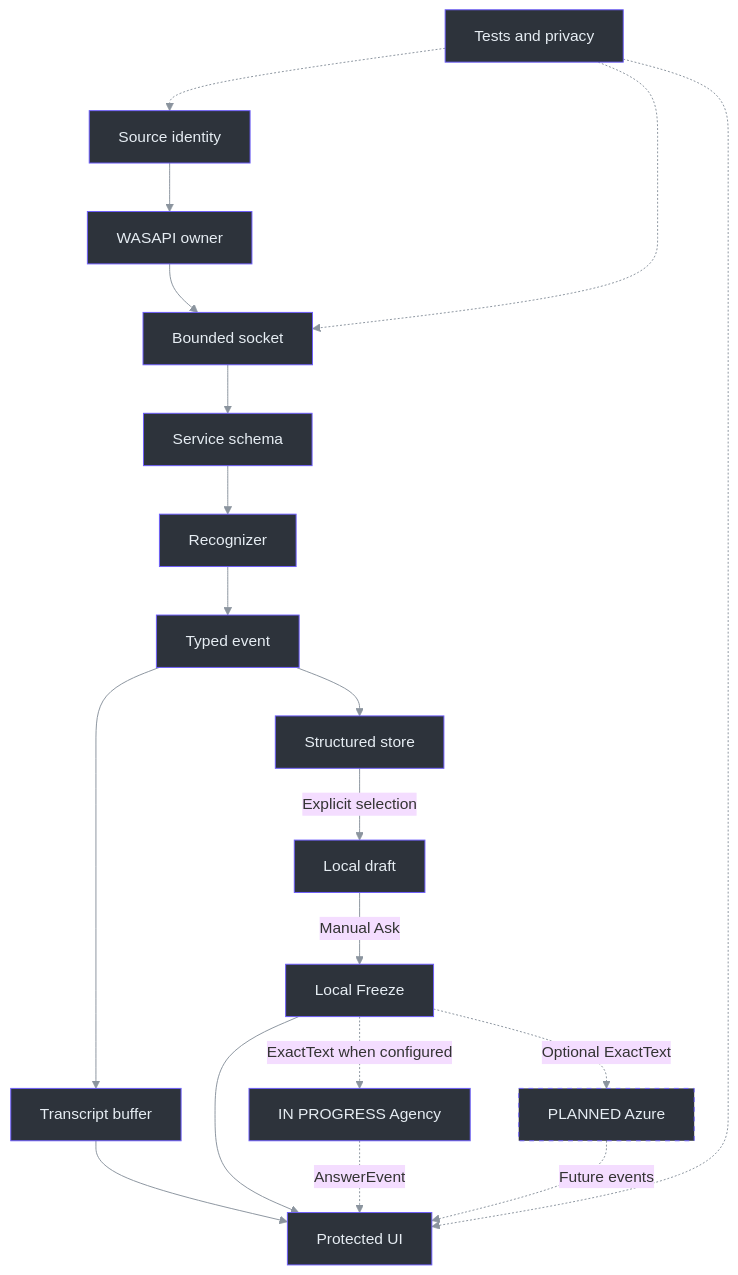
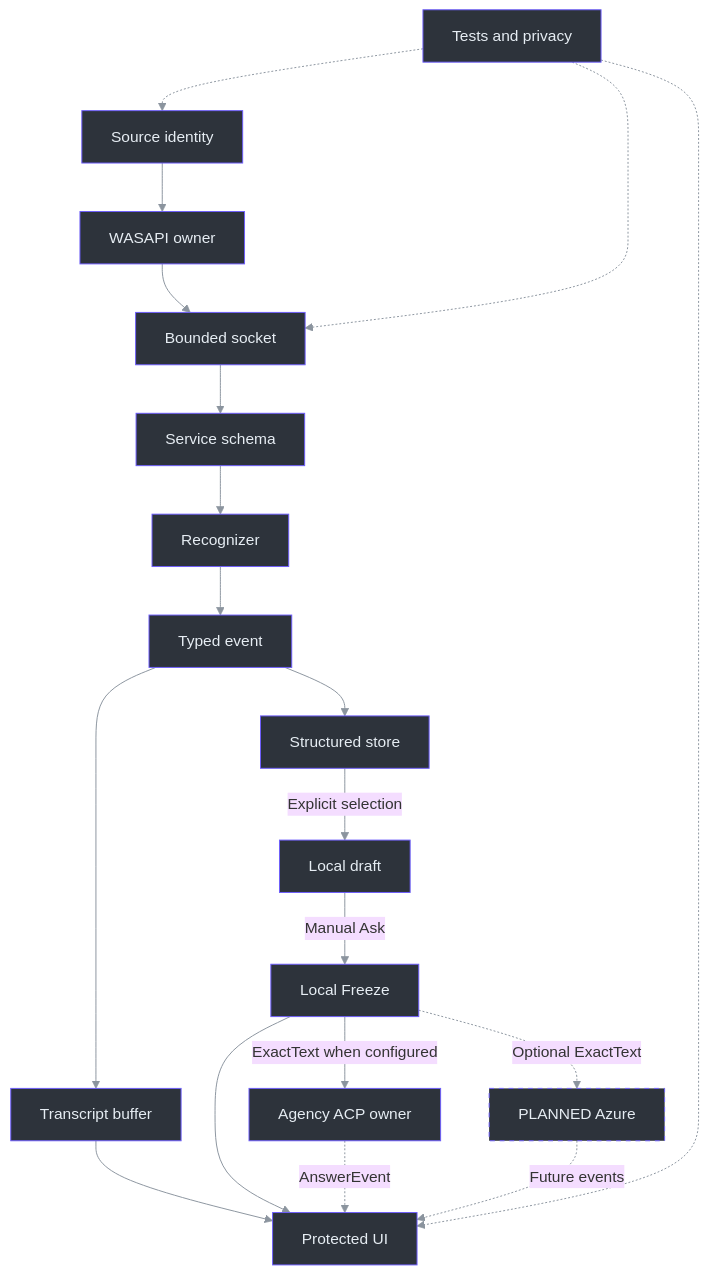
Before and after one commit to Zanark/phantom-fudge: the first of 2 diagrams in docs/handbook/18-extending-the-system.md, drawn with Mermaid. The commit also changed other lines of this file and 371 other files, not shown here.

````diff
--- a/docs/handbook/18-extending-the-system.md
+++ b/docs/handbook/18-extending-the-system.md
@@ -25,45 +27,45 @@
 ```mermaid
 ---
 config:
   theme: base
   themeVariables:
     lineColor: "#8b949e"
     textColor: "#e6edf3"
 ---
 flowchart TB
-    accTitle: Existing audio seams, IN PROGRESS Agency-first provider and PLANNED Azure
-    accDescr: Typed events feed display and structured questions. ExactText alone enters the requested Agency-first adapter, still under validation, or optional future Azure. SnapshotOnly currently sends nothing; local installation does not prove offline inference.
+    accTitle: Existing audio seams, persistent Agency ownership and PLANNED Azure
+    accDescr: Typed events feed display and structured questions. Configured manual Ask projects ExactText into the Agency ACP owner, which reuses an engine but not a question session. SnapshotOnly sends nothing; optional Azure remains planned.
     Source["Source identity"] --> Capture["WASAPI owner"]
     Capture --> Socket["Bounded socket"]
     Socket --> Service["Service schema"]
     Service --> Decoder["Recognizer"]
     Decoder --> Event["Typed event"]
     Event --> Buffer["Transcript buffer"]
     Buffer --> UI["Protected UI"]
     Event --> Store["Structured store"]
     Store -->|Explicit selection| Draft["Local draft"]
     Draft -->|Manual Ask| Frozen["Local Freeze"]
     Frozen --> UI
-    Frozen -. ExactText when configured .-> CLI["IN PROGRESS Agency"]
+    Frozen -->|ExactText when configured| CLI["Agency ACP owner"]
     CLI -. AnswerEvent .-> UI
     Frozen -. Optional ExactText .-> Azure["PLANNED Azure"]
     Azure -. Future events .-> UI
     Policy["Tests and privacy"] -.-> Socket
     Policy -.-> Source
     Policy -.-> UI
     style Source fill:#2d333b,stroke:#6d5dfc,color:#e6edf3
     style Capture fill:#2d333b,stroke:#6d5dfc,color:#e6edf3
     style Socket fill:#2d333b,stroke:#6d5dfc,color:#e6edf3
     style Service fill:#2d333b,stroke:#6d5dfc,color:#e6edf3
     style Decoder fill:#2d333b,stroke:#6d5dfc,color:#e6edf3
     style Event fill:#2d333b,stroke:#6d5dfc,color:#e6edf3
     style Buffer fill:#2d333b,stroke:#6d5dfc,color:#e6edf3
     style Store fill:#2d333b,stroke:#6d5dfc,color:#e6edf3
     style Draft fill:#2d333b,stroke:#6d5dfc,color:#e6edf3
     style Frozen fill:#2d333b,stroke:#6d5dfc,color:#e6edf3
     style UI fill:#2d333b,stroke:#6d5dfc,color:#e6edf3
     style CLI fill:#2d333b,stroke:#6d5dfc,color:#e6edf3
     style Azure fill:#2d333b,stroke:#6d5dfc,color:#e6edf3,stroke-dasharray:5 5
     style Policy fill:#2d333b,stroke:#6d5dfc,color:#e6edf3
     linkStyle default stroke:#8b949e
 ```
````
